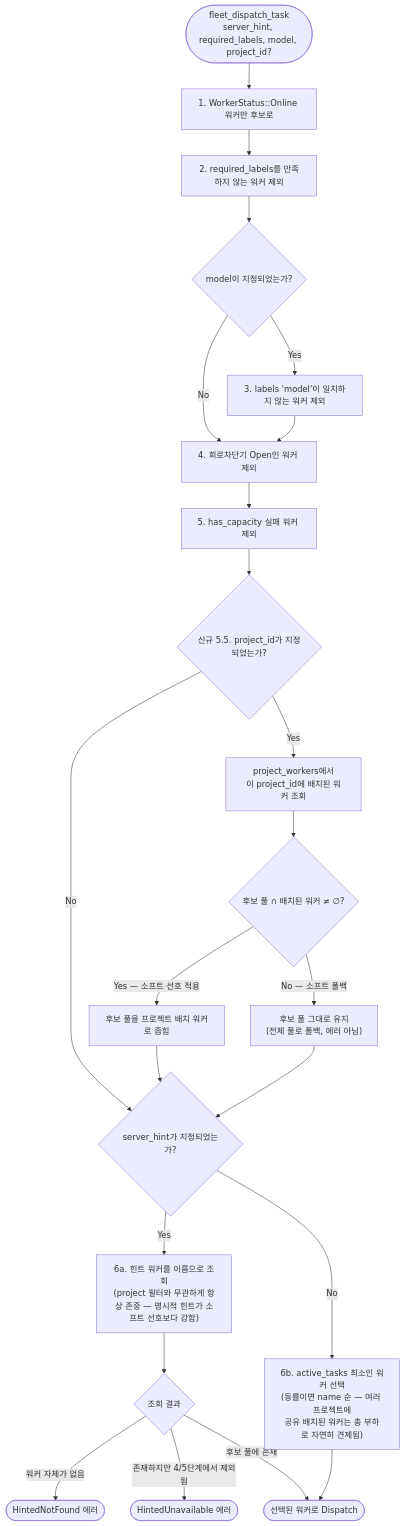
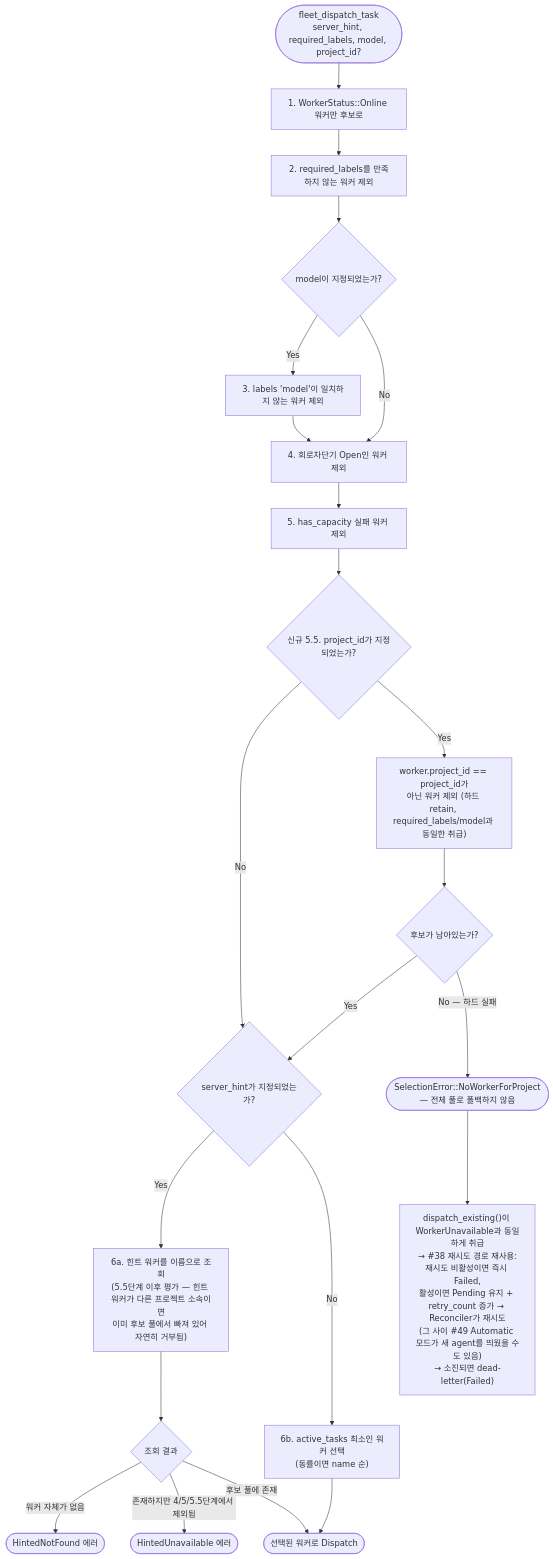
The diagram in docs/assets/diagrams/architecture/project-aware-dispatch-logic.mermaid (yarang/grok-fleet-orchestrator), drawn with Mermaid before and after one commit. The commit also changed 6 other files, not shown here.

```diff
--- a/docs/assets/diagrams/architecture/project-aware-dispatch-logic.mermaid
+++ b/docs/assets/diagrams/architecture/project-aware-dispatch-logic.mermaid
@@ -1,23 +1,23 @@
 flowchart TD
     Start([fleet_dispatch_task<br/>server_hint, required_labels, model, project_id?]) --> FilterOnline[1. WorkerStatus::Online 워커만 후보로]
     FilterOnline --> FilterLabels[2. required_labels를 만족하지 않는 워커 제외]
     FilterLabels --> CheckModel{model이 지정되었는가?}
     CheckModel -- Yes --> FilterModel[3. labels 'model'이 일치하지 않는 워커 제외]
     CheckModel -- No --> FilterBreaker
     FilterModel --> FilterBreaker[4. 회로차단기 Open인 워커 제외]
     FilterBreaker --> FilterCapacity[5. has_capacity 실패 워커 제외]
     FilterCapacity --> CheckProject{"신규 5.5. project_id가 지정되었는가?"}
     CheckProject -- No --> CheckHint{server_hint가 지정되었는가?}
-    CheckProject -- Yes --> ProjectMembers["project_workers에서<br/>이 project_id에 배치된 워커 조회"]
-    ProjectMembers --> AnyMembers{"후보 풀 ∩ 배치된 워커 ≠ ∅?"}
-    AnyMembers -- "Yes — 소프트 선호 적용" --> NarrowToProject["후보 풀을 프로젝트 배치 워커로 좁힘"]
-    AnyMembers -- "No — 소프트 폴백" --> KeepFullPool["후보 풀 그대로 유지<br/>(전체 풀로 폴백, 에러 아님)"]
-    NarrowToProject --> CheckHint
-    KeepFullPool --> CheckHint
-    CheckHint -- Yes --> HintLookup["6a. 힌트 워커를 이름으로 조회<br/>(project 필터와 무관하게 항상 존중 — 명시적 힌트가 소프트 선호보다 강함)"]
+    CheckProject -- Yes --> FilterProject["worker.project_id == project_id가<br/>아닌 워커 제외 (하드 retain, required_labels/model과 동일한 취급)"]
+    FilterProject --> AnyLeft{후보가 남아있는가?}
+    AnyLeft -- Yes --> CheckHint
+    AnyLeft -- "No — 하드 실패" --> RejectProject(["SelectionError::NoWorkerForProject<br/>— 전체 풀로 폴백하지 않음"])
+    RejectProject --> RetryPath["dispatch_existing()이 WorkerUnavailable과 동일하게 취급<br/>→ #38 재시도 경로 재사용:<br/>재시도 비활성이면 즉시 Failed,<br/>활성이면 Pending 유지 + retry_count 증가 → Reconciler가 재시도<br/>(그 사이 #49 Automatic 모드가 새 agent를 띄웠을 수도 있음)<br/>→ 소진되면 dead-letter(Failed)"]
+
+    CheckHint -- Yes --> HintLookup["6a. 힌트 워커를 이름으로 조회<br/>(5.5단계 이후 평가 — 힌트 워커가 다른 프로젝트 소속이면<br/>이미 후보 풀에서 빠져 있어 자연히 거부됨)"]
     HintLookup --> HintExists{조회 결과}
     HintExists -- 워커 자체가 없음 --> RejectNotFound([HintedNotFound 에러])
-    HintExists -- "존재하지만 4/5단계에서 제외됨" --> RejectUnavailable([HintedUnavailable 에러])
+    HintExists -- "존재하지만 4/5/5.5단계에서 제외됨" --> RejectUnavailable([HintedUnavailable 에러])
     HintExists -- 후보 풀에 존재 --> Dispatch
-    CheckHint -- No --> FilterLeastLoaded["6b. active_tasks 최소인 워커 선택<br/>(동률이면 name 순 — 여러 프로젝트에<br/>공유 배치된 워커는 총 부하로 자연히 견제됨)"]
+    CheckHint -- No --> FilterLeastLoaded["6b. active_tasks 최소인 워커 선택<br/>(동률이면 name 순)"]
     FilterLeastLoaded --> Dispatch([선택된 워커로 Dispatch])
```
